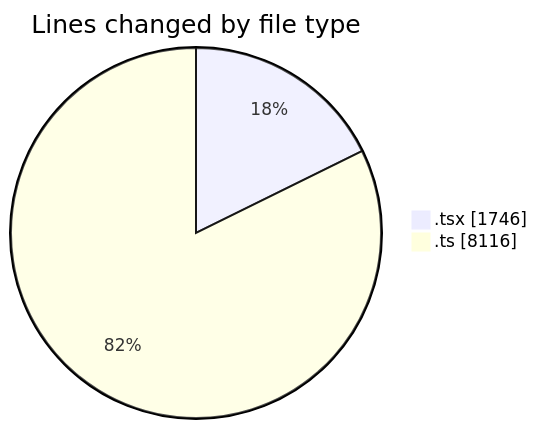
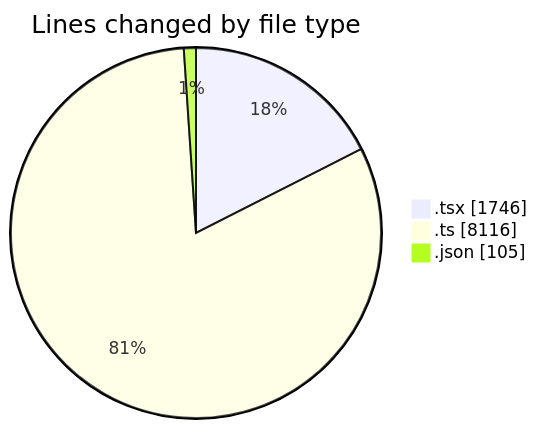
One commit to momahboobian/code-tracking changed the first of 2 diagrams in 2025-07-09/cda/README.md. Above: the diagram before and after it, drawn with Mermaid. The commit also changed other lines of this file and 1 other file, not shown here.

````diff
--- a/2025-07-09/cda/README.md
+++ b/2025-07-09/cda/README.md
@@ -26,6 +27,7 @@
 ```mermaid
 pie showData
 title Lines changed by file type
 ".tsx" : 1746
 ".ts" : 8116
+".json" : 105
 ```
````
